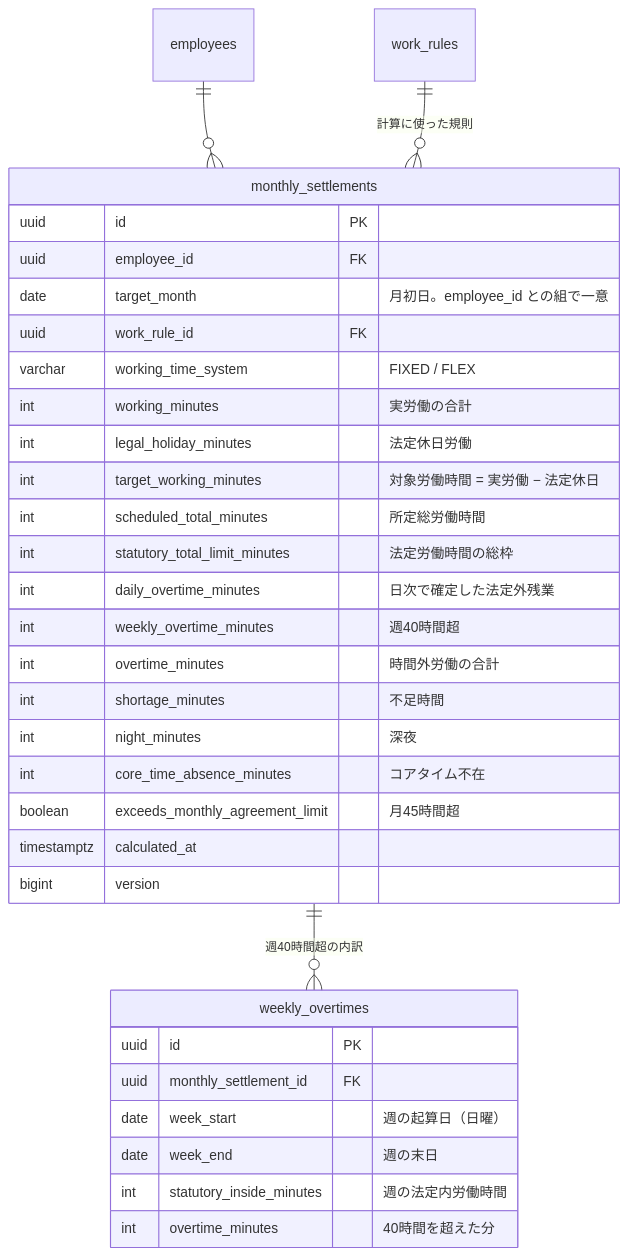
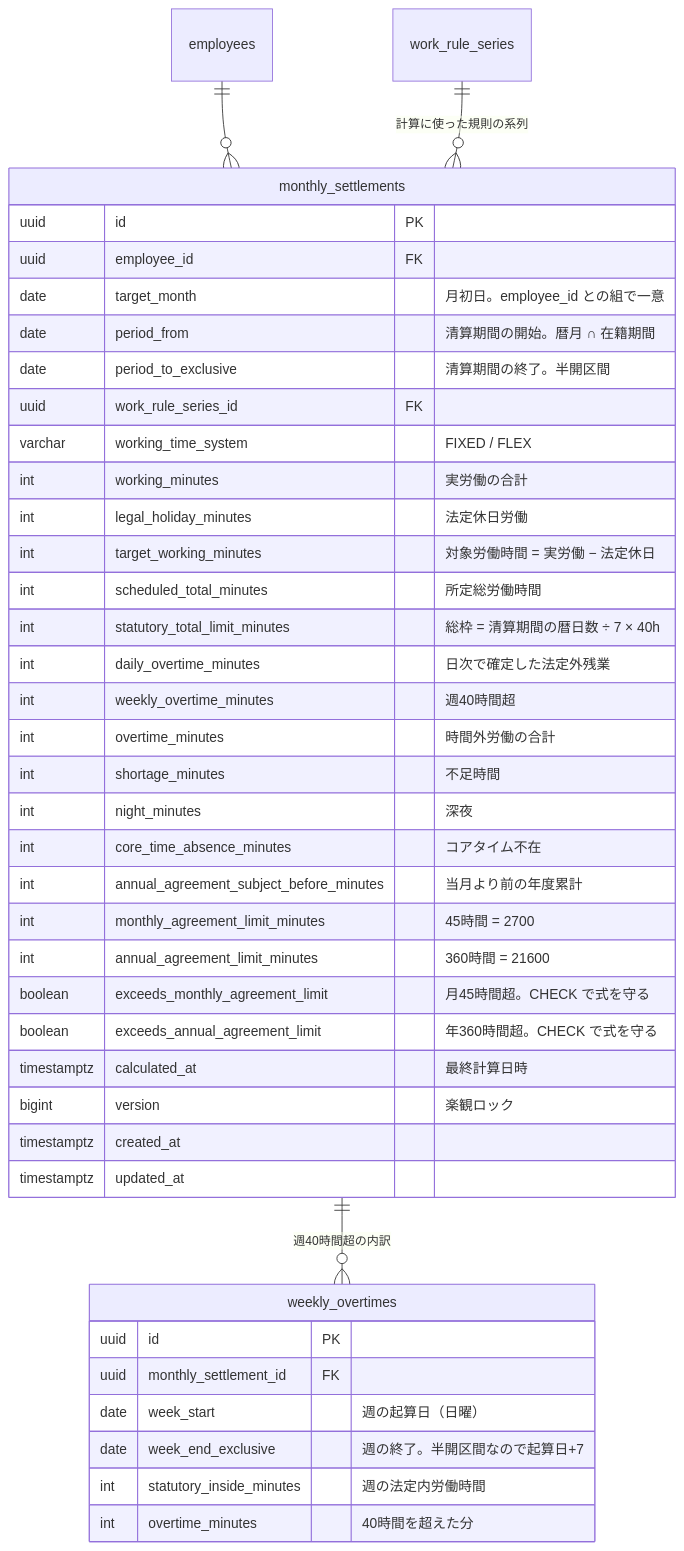
One commit to masaki-i02/newJavaProject changed the diagram in doc/02_詳細設計/04_勤怠_月次清算/diagrams/ER図.mmd. Above: the diagram before and after it, drawn with Mermaid. The commit also changed 14 other files, not shown here.

```diff
--- a/doc/02_詳細設計/04_勤怠_月次清算/diagrams/ER図.mmd
+++ b/doc/02_詳細設計/04_勤怠_月次清算/diagrams/ER図.mmd
@@ -1,34 +1,42 @@
 erDiagram
     employees ||--o{ monthly_settlements : ""
-    work_rules ||--o{ monthly_settlements : "計算に使った規則"
+    work_rule_series ||--o{ monthly_settlements : "計算に使った規則の系列"
     monthly_settlements ||--o{ weekly_overtimes : "週40時間超の内訳"
 
     monthly_settlements {
         uuid id PK
         uuid employee_id FK
         date target_month "月初日。employee_id との組で一意"
-        uuid work_rule_id FK
+        date period_from "清算期間の開始。暦月 ∩ 在籍期間"
+        date period_to_exclusive "清算期間の終了。半開区間"
+        uuid work_rule_series_id FK
         varchar working_time_system "FIXED / FLEX"
         int working_minutes "実労働の合計"
         int legal_holiday_minutes "法定休日労働"
         int target_working_minutes "対象労働時間 = 実労働 − 法定休日"
         int scheduled_total_minutes "所定総労働時間"
-        int statutory_total_limit_minutes "法定労働時間の総枠"
+        int statutory_total_limit_minutes "総枠 = 清算期間の暦日数 ÷ 7 × 40h"
         int daily_overtime_minutes "日次で確定した法定外残業"
         int weekly_overtime_minutes "週40時間超"
         int overtime_minutes "時間外労働の合計"
         int shortage_minutes "不足時間"
         int night_minutes "深夜"
         int core_time_absence_minutes "コアタイム不在"
-        boolean exceeds_monthly_agreement_limit "月45時間超"
-        timestamptz calculated_at
-        bigint version
+        int annual_agreement_subject_before_minutes "当月より前の年度累計"
+        int monthly_agreement_limit_minutes "45時間 = 2700"
+        int annual_agreement_limit_minutes "360時間 = 21600"
+        boolean exceeds_monthly_agreement_limit "月45時間超。CHECK で式を守る"
+        boolean exceeds_annual_agreement_limit "年360時間超。CHECK で式を守る"
+        timestamptz calculated_at "最終計算日時"
+        bigint version "楽観ロック"
+        timestamptz created_at
+        timestamptz updated_at
     }
     weekly_overtimes {
         uuid id PK
         uuid monthly_settlement_id FK
         date week_start "週の起算日（日曜）"
-        date week_end "週の末日"
+        date week_end_exclusive "週の終了。半開区間なので起算日+7"
         int statutory_inside_minutes "週の法定内労働時間"
         int overtime_minutes "40時間を超えた分"
     }
```
